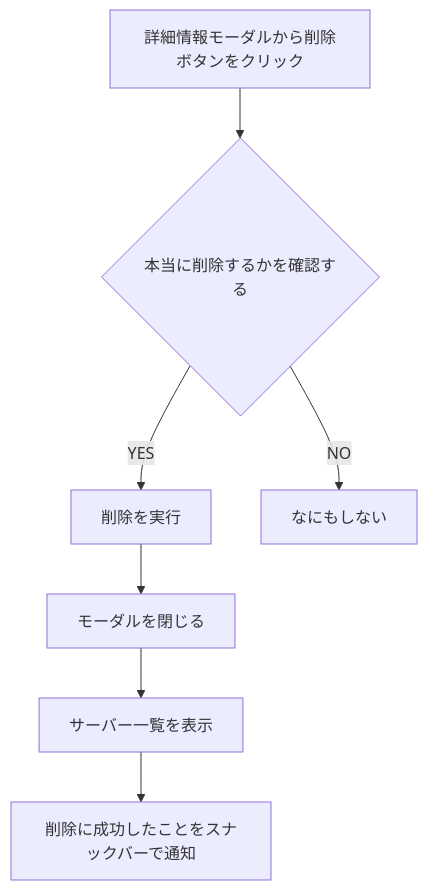
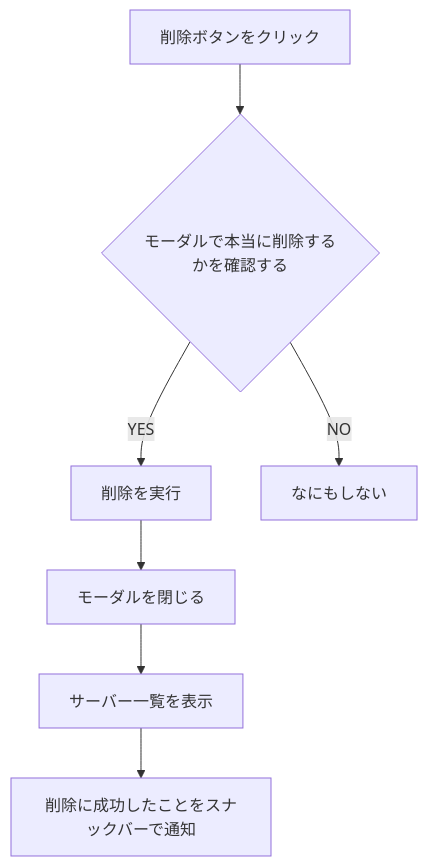
One commit to ichi-h/komoriuta changed diagram 11 of 11 in README.md. Above: the diagram before and after it, drawn with Mermaid. The commit also changed other lines of this file, not shown here.

````diff
--- a/README.md
+++ b/README.md
@@ -333,9 +354,9 @@
 ```mermaid
 graph TD
-  ClickDeleteButton[詳細情報モーダルから削除ボタンをクリック] --> ShowConfirm{本当に削除するかを確認する}
+  ClickDeleteButton[削除ボタンをクリック] --> ShowConfirm{モーダルで本当に削除するかを確認する}
   ShowConfirm -- YES --> RunDelete[削除を実行]
   ShowConfirm -- NO --> DoNothing[なにもしない]
   RunDelete --> CloseModal[モーダルを閉じる]
   CloseModal --> ShowServerList[サーバー一覧を表示]
   ShowServerList --> ShowSnackbnar[削除に成功したことをスナックバーで通知]
 ```
````
